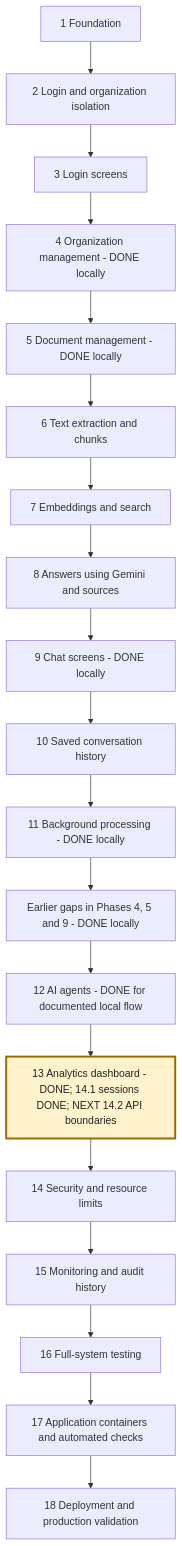
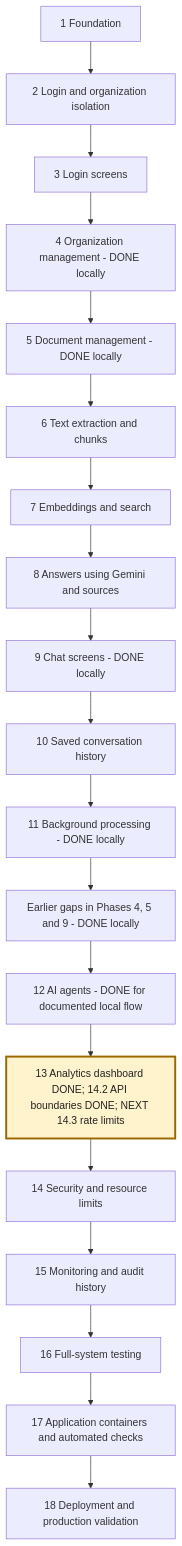
The second of 6 diagrams in NEXAAI_ROADMAP.md (msdian0007/nexaAi), drawn with Mermaid before and after one commit. The commit also changed other lines of this file and 34 other files, not shown here.

````diff
--- a/NEXAAI_ROADMAP.md
+++ b/NEXAAI_ROADMAP.md
@@ -192,22 +193,22 @@
 ```mermaid
 flowchart TD
     A[1 Foundation] --> B[2 Login and organization isolation]
     B --> C[3 Login screens]
     C --> D[4 Organization management - DONE locally]
     D --> E[5 Document management - DONE locally]
     E --> F[6 Text extraction and chunks]
     F --> G[7 Embeddings and search]
     G --> H[8 Answers using Gemini and sources]
     H --> I[9 Chat screens - DONE locally]
     I --> J[10 Saved conversation history]
     J --> K[11 Background processing - DONE locally]
     K --> L[Earlier gaps in Phases 4, 5 and 9 - DONE locally]
     L --> M[12 AI agents - DONE for documented local flow]
-    M --> N[13 Analytics dashboard - DONE; 14.1 sessions DONE; NEXT 14.2 API boundaries]
+    M --> N[13 Analytics dashboard DONE; 14.2 API boundaries DONE; NEXT 14.3 rate limits]
     N --> O[14 Security and resource limits]
     O --> P[15 Monitoring and audit history]
     P --> Q[16 Full-system testing]
     Q --> R[17 Application containers and automated checks]
     R --> S[18 Deployment and production validation]
     style N fill:#fff3cd,stroke:#9a6700,stroke-width:3px,color:#222
 ```
````
